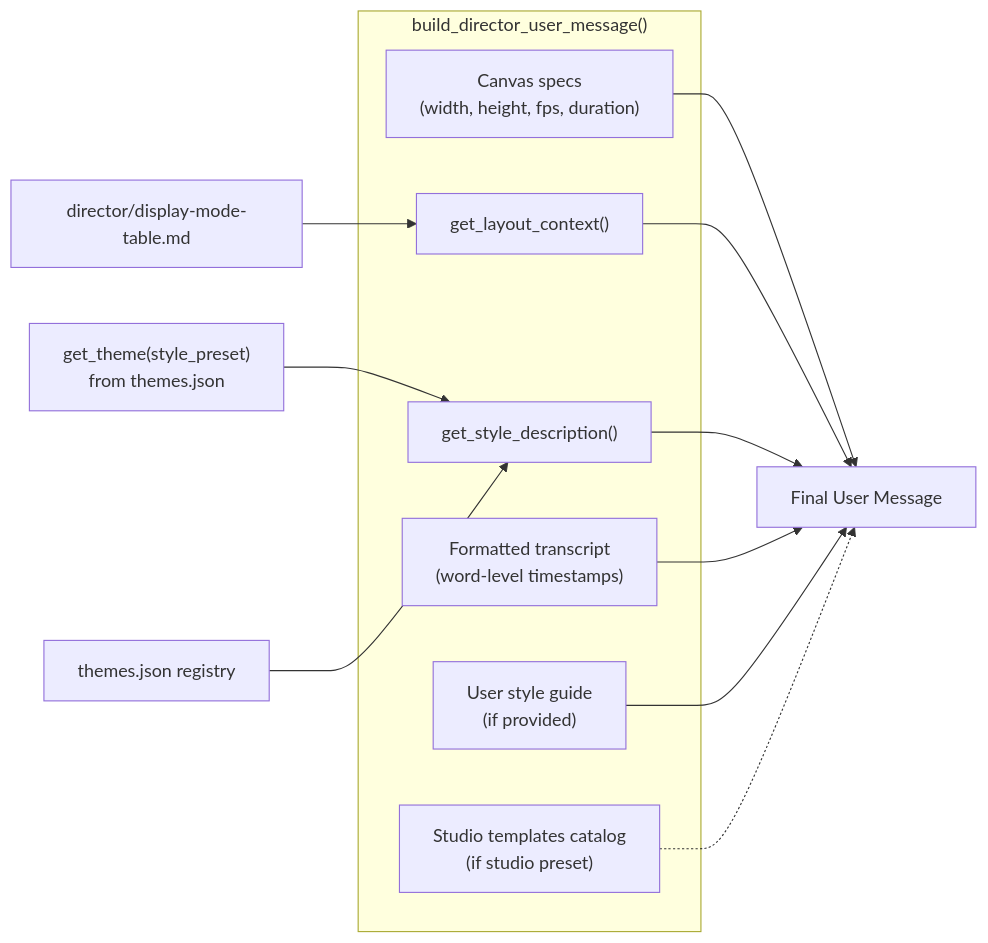
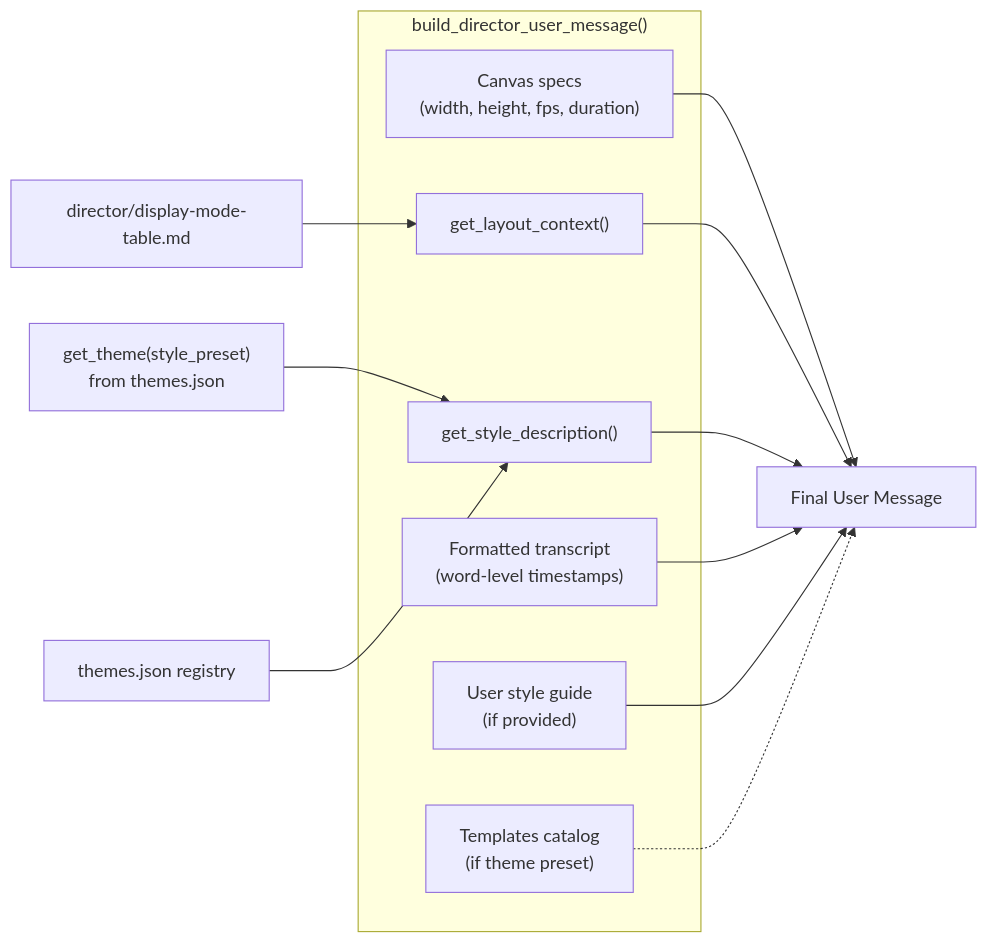
One commit to rhythmshandlya/viona changed the second of 6 diagrams in packages/worker/src/prompts/README.md. Above: the diagram before and after it, drawn with Mermaid. The commit also changed other lines of this file and 34 other files, not shown here.

````diff
--- a/packages/worker/src/prompts/README.md
+++ b/packages/worker/src/prompts/README.md
@@ -107,22 +107,22 @@
 ```mermaid
 graph LR
     subgraph "build_director_user_message()"
         CANVAS["Canvas specs<br/>(width, height, fps, duration)"]
         LAYOUT["get_layout_context()"]
         STYLE["get_style_description()"]
         TRANSCRIPT["Formatted transcript<br/>(word-level timestamps)"]
         GUIDE["User style guide<br/>(if provided)"]
-        TEMPLATES["Studio templates catalog<br/>(if studio preset)"]
+        TEMPLATES["Templates catalog<br/>(if theme preset)"]
     end
 
     DM["director/display-mode-table.md"] --> LAYOUT
     SST["get_theme(style_preset)<br/>from themes.json"] --> STYLE
     THEMES["themes.json registry"] --> STYLE
 
     CANVAS --> MSG["Final User Message"]
     LAYOUT --> MSG
     STYLE --> MSG
     TRANSCRIPT --> MSG
     GUIDE --> MSG
     TEMPLATES -.-> MSG
 ```
````
